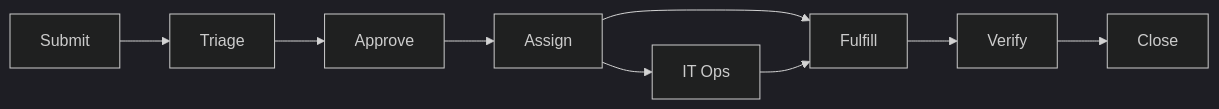
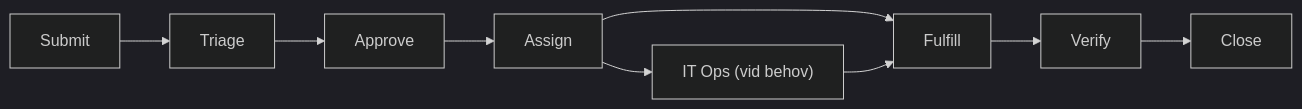
One commit to itsimonfredlingjack/nordiq-sejfa changed the diagram in docs/02-service-levels.md. Above: the diagram before and after it, drawn with Mermaid (dark theme).

Commit message:
Clarify conditional IT Ops branch
Agent-Logs-Url: https://github.com/itsimonfredlingjack/nordiq-sejfa/sessions/4148164e-13ac-4628-a3a9-5aee36d2af59

````diff
--- a/docs/02-service-levels.md
+++ b/docs/02-service-levels.md
@@ -29,12 +29,12 @@
 ```mermaid
 flowchart LR
     A["Submit"] --> B["Triage"]
     B --> C["Approve"]
     C --> D["Assign"]
     D --> E["Fulfill"]
     E --> F["Verify"]
     F --> G["Close"]
 
-    D --> H["IT Ops"]
+    D --> H["IT Ops (vid behov)"]
     H --> E
 ```
````
